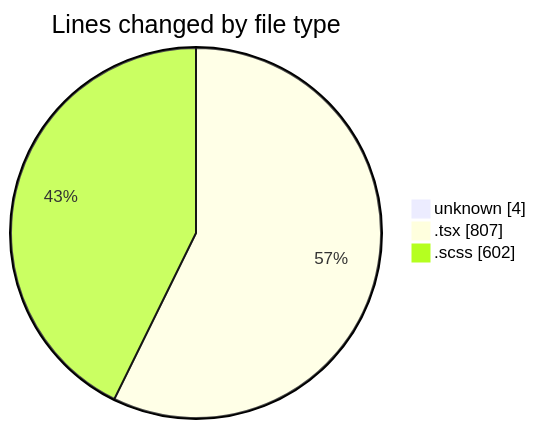
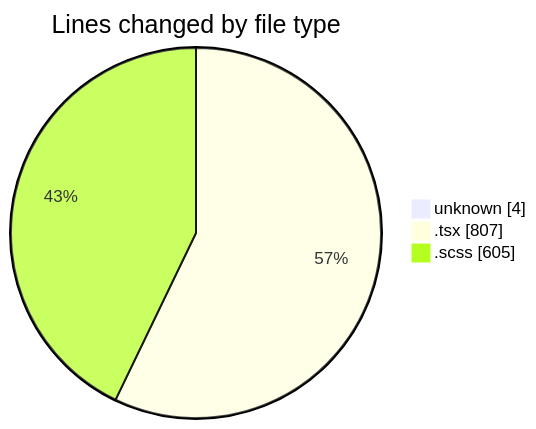
The first of 2 diagrams in 2025-02-14/cda/README.md (momahboobian/code-tracking), drawn with Mermaid before and after one commit. The commit also changed other lines of this file and 1 other file, not shown here.

````diff
--- a/2025-02-14/cda/README.md
+++ b/2025-02-14/cda/README.md
@@ -27,7 +27,7 @@
 ```mermaid
 pie showData
 title Lines changed by file type
 "unknown" : 4
 ".tsx" : 807
-".scss" : 602
+".scss" : 605
 ```
````
